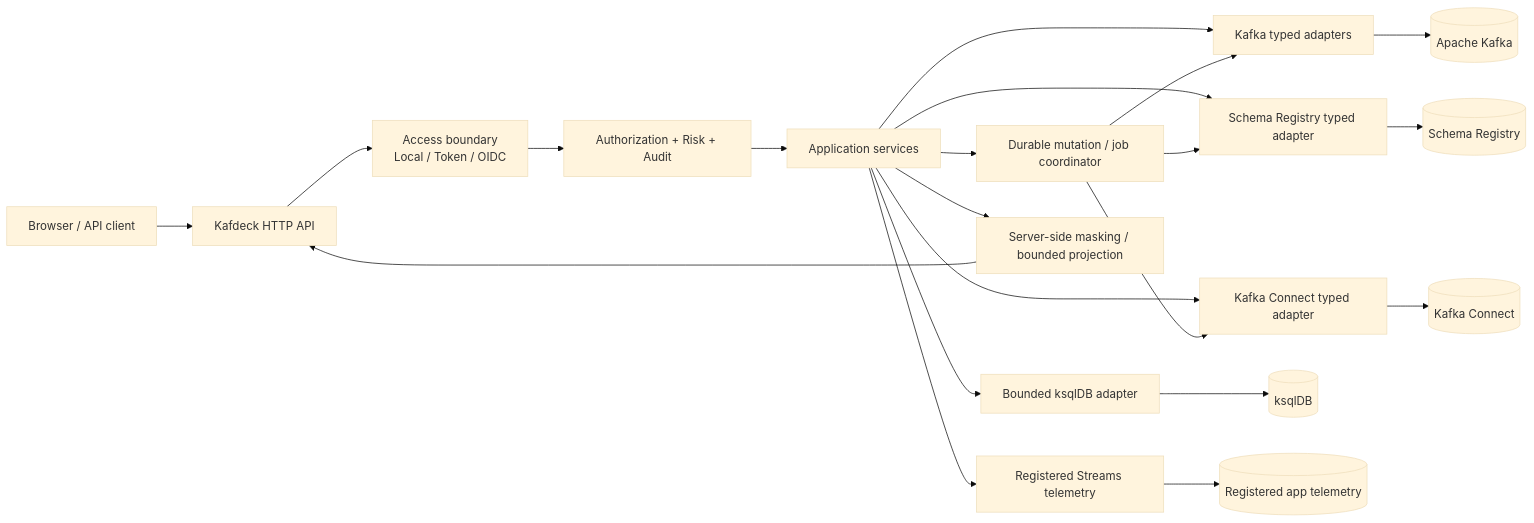
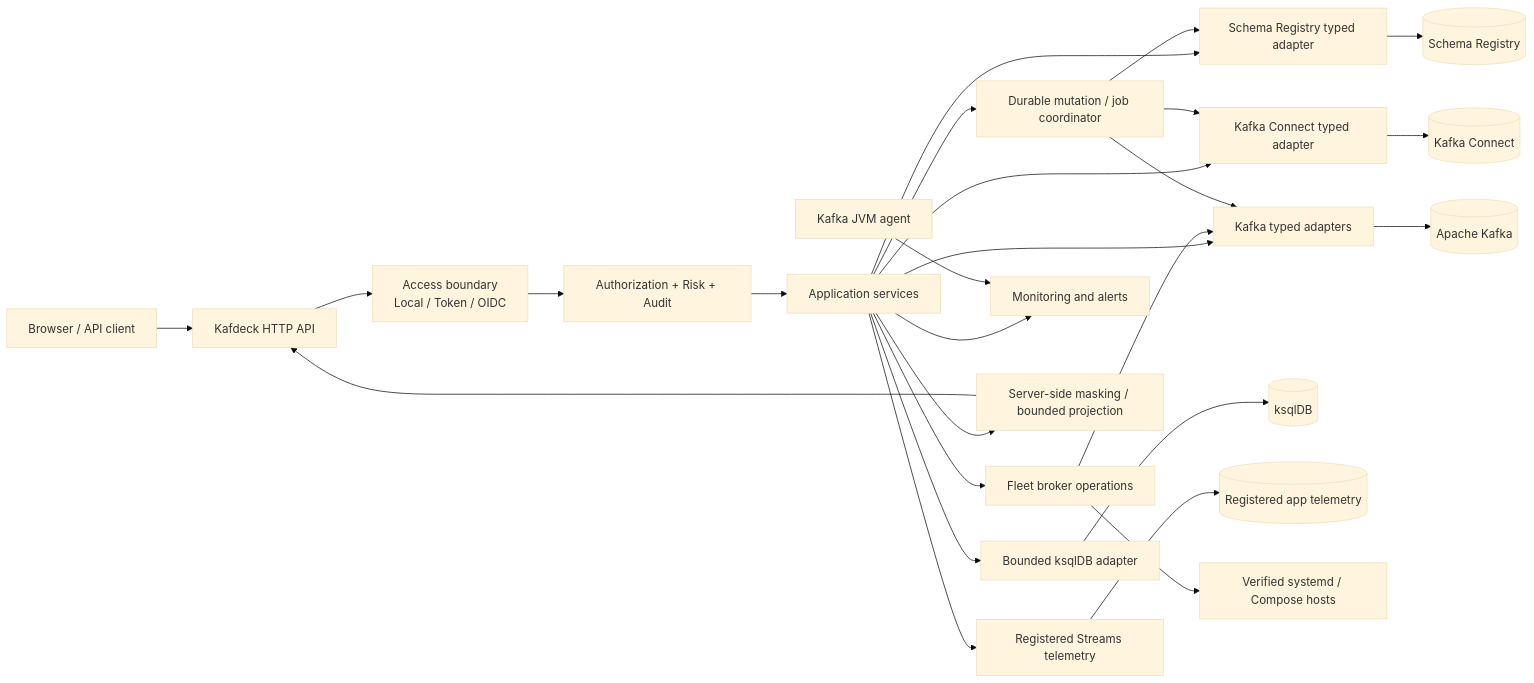
One commit to araditc/Kafdeck changed the diagram in README.md. Above: the diagram before and after it, drawn with Mermaid (base theme). The commit also changed other lines of this file and 65 other files, not shown here.

```diff
--- a/README.md
+++ b/README.md
@@ -184,27 +212,32 @@
 ~~~mermaid
 flowchart LR
     B[Browser / API client] --> A[Kafdeck HTTP API]
     A --> I[Access boundary<br/>Local / Token / OIDC]
     I --> R[Authorization + Risk + Audit]
     R --> S[Application services]
 
     S --> K[Kafka typed adapters]
     S --> SR[Schema Registry typed adapter]
     S --> C[Kafka Connect typed adapter]
     S --> Q[Bounded ksqlDB adapter]
     S --> T[Registered Streams telemetry]
     S --> J[Durable mutation / job coordinator]
+    S --> F[Fleet broker operations]
+    S --> N[Monitoring and alerts]
 
     K --> KF[(Apache Kafka)]
     SR --> REG[(Schema Registry)]
     C --> CON[(Kafka Connect)]
     Q --> KSQL[(ksqlDB)]
     T --> APP[(Registered app telemetry)]
+    F --> H[Verified systemd / Compose hosts]
+    F --> K
+    AG[Kafka JVM agent] --> N
 
     J --> K
     J --> SR
     J --> C
 
     S --> M[Server-side masking / bounded projection]
     M --> A
 ~~~
```
